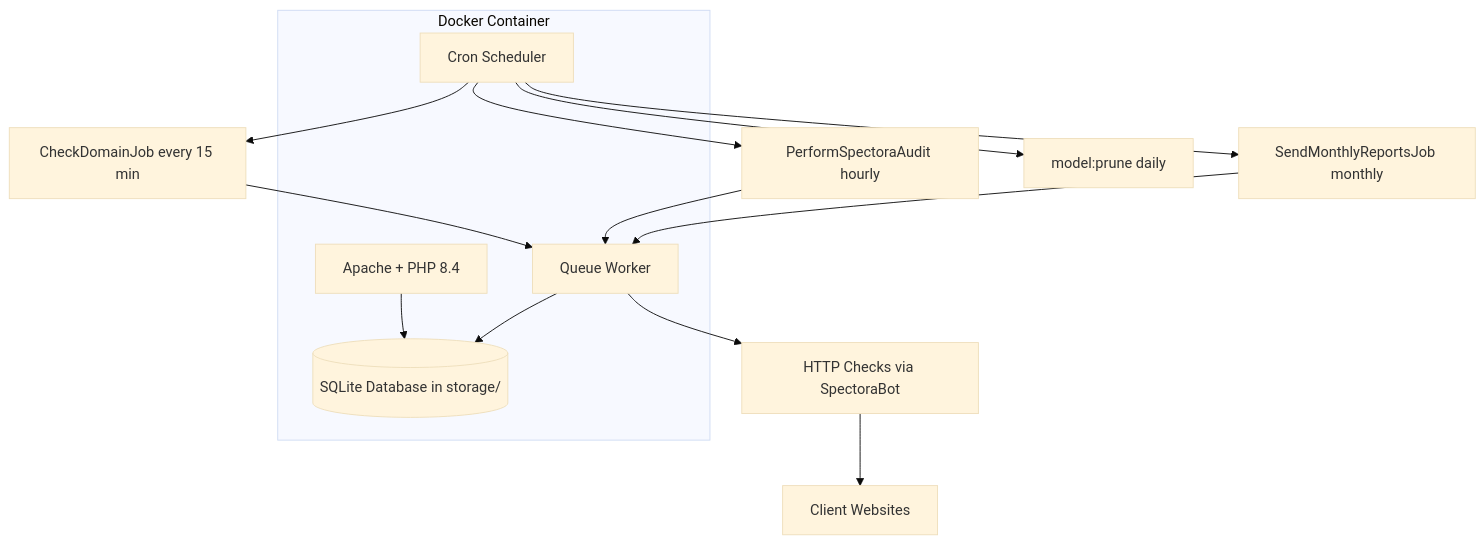
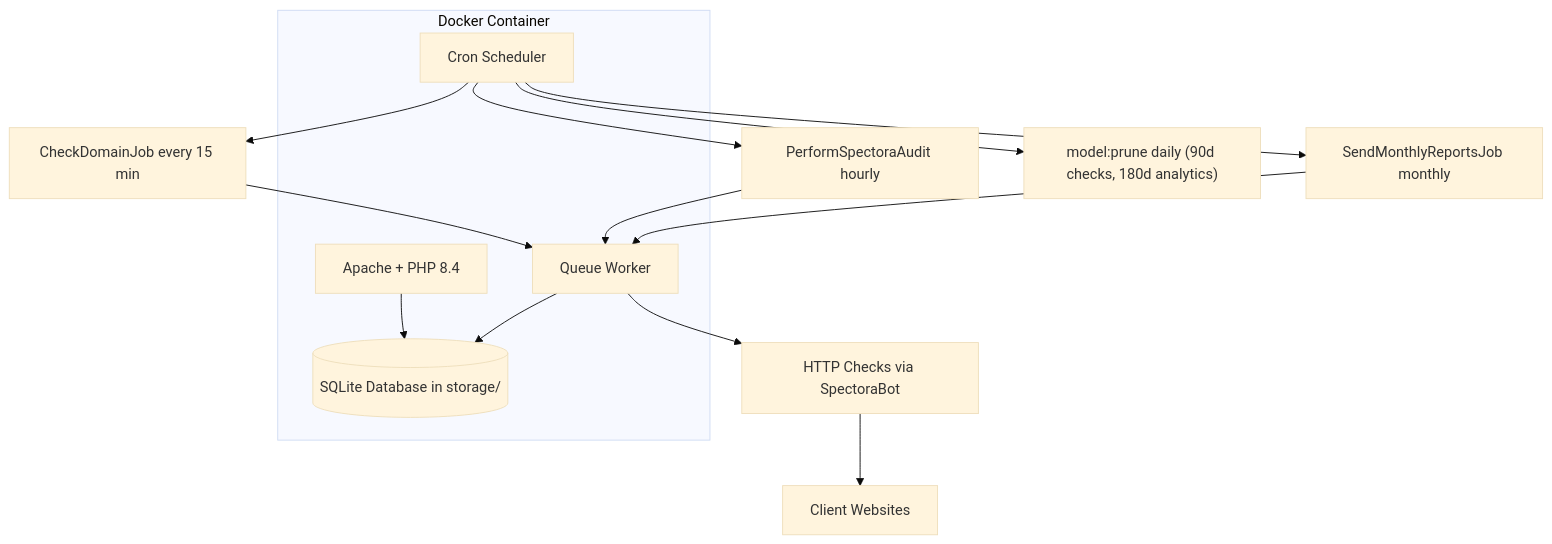
Before and after one commit to Everlite/Spectora-Website-Monitoring-Suite: the diagram in README.md, drawn with Mermaid (base theme). The commit also changed other lines of this file, not shown here.

````diff
--- a/README.md
+++ b/README.md
@@ -75,24 +80,24 @@
 ```mermaid
 graph TD
     subgraph Docker Container
         A[Apache + PHP 8.4]
         B[Cron Scheduler]
         C[Queue Worker]
         D[(SQLite Database in storage/)]
     end
 
     B --> E[CheckDomainJob every 15 min]
     B --> F[PerformSpectoraAudit hourly]
     B --> G[SendMonthlyReportsJob monthly]
-    B --> H[model:prune daily]
+    B --> H["model:prune daily (90d checks, 180d analytics)"]
 
     E --> C
     F --> C
     G --> C
 
     C --> I[HTTP Checks via SpectoraBot]
     I --> J[Client Websites]
 
     A --> D
     C --> D
 ```
````
